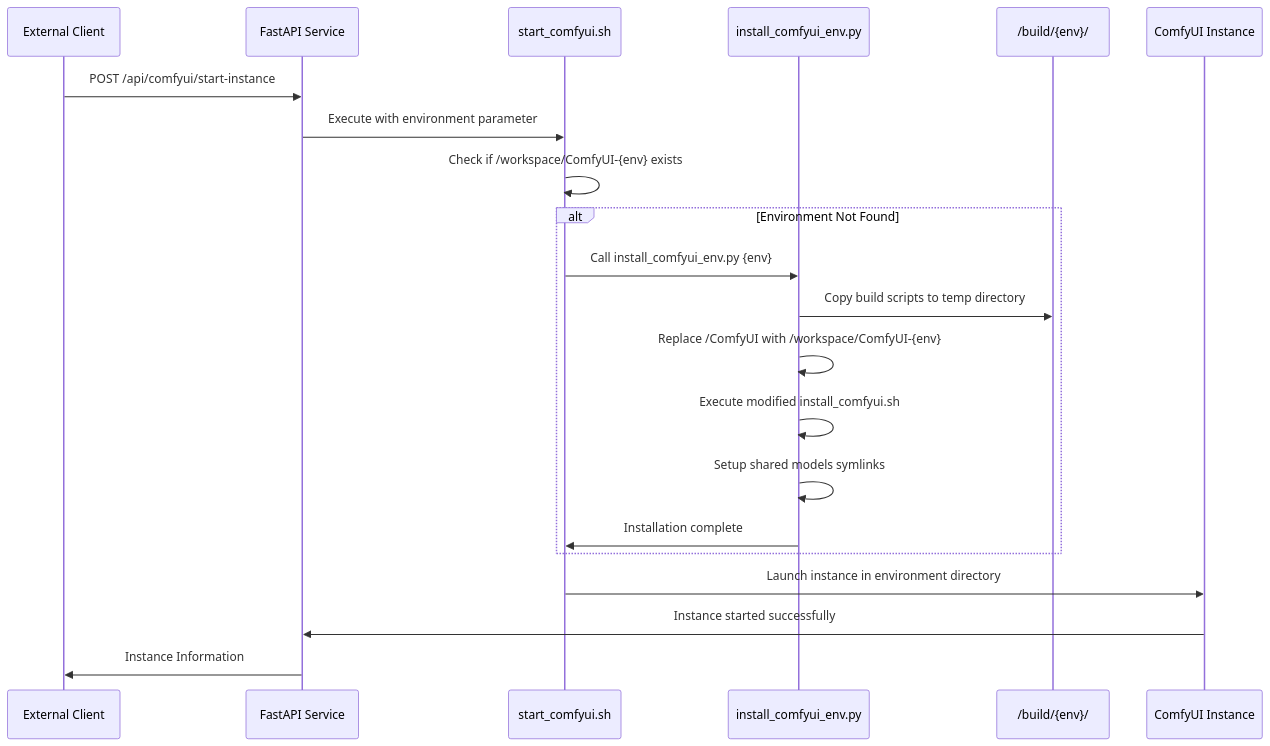
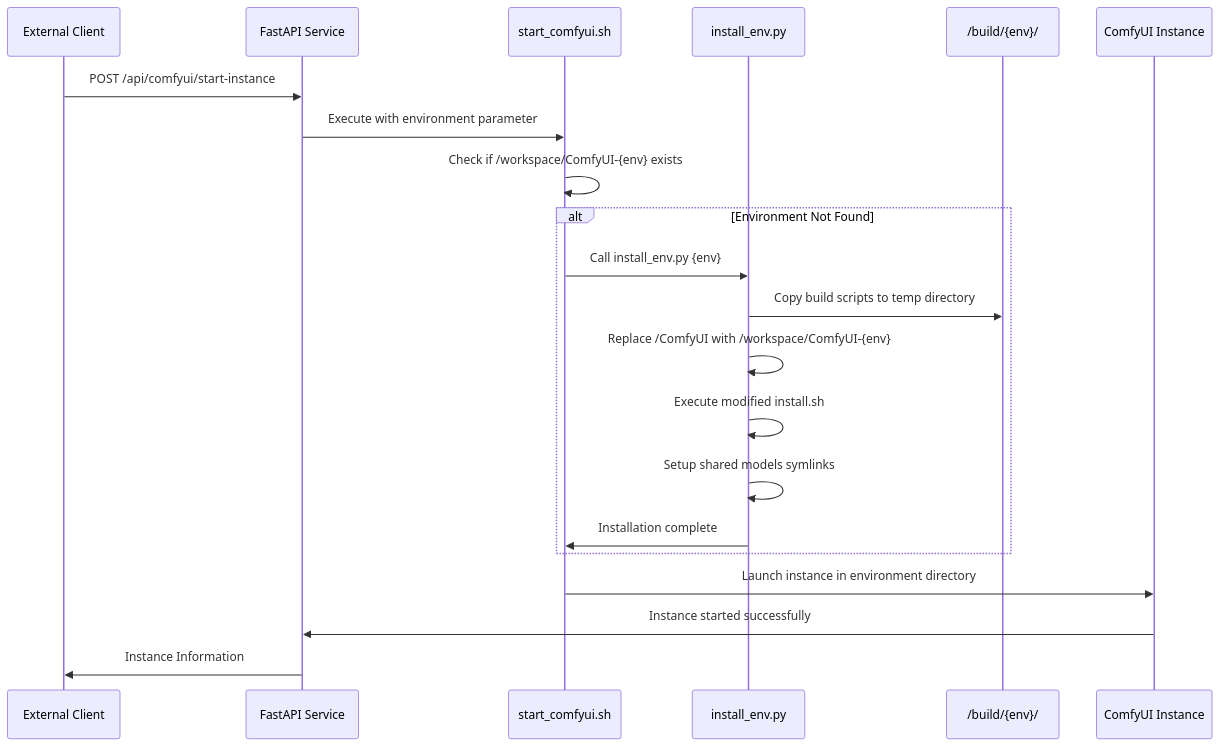
Before and after one commit to Be-As-One/comfyui-docker: the third of 4 diagrams in README.md, drawn with Mermaid. The commit also changed other lines of this file and 14 other files, not shown here.

````diff
--- a/README.md
+++ b/README.md
@@ -104,26 +104,26 @@
 ```mermaid
 sequenceDiagram
     participant Client as External Client
     participant API as FastAPI Service
     participant StartScript as start_comfyui.sh
-    participant Installer as install_comfyui_env.py
+    participant Installer as install_env.py
     participant BuildScripts as /build/{env}/
     participant ComfyUI as ComfyUI Instance
     
     Client->>API: POST /api/comfyui/start-instance
     API->>StartScript: Execute with environment parameter
     StartScript->>StartScript: Check if /workspace/ComfyUI-{env} exists
     
     alt Environment Not Found
-        StartScript->>Installer: Call install_comfyui_env.py {env}
+        StartScript->>Installer: Call install_env.py {env}
         Installer->>BuildScripts: Copy build scripts to temp directory
         Installer->>Installer: Replace /ComfyUI with /workspace/ComfyUI-{env}
-        Installer->>Installer: Execute modified install_comfyui.sh
+        Installer->>Installer: Execute modified install.sh
         Installer->>Installer: Setup shared models symlinks
         Installer->>StartScript: Installation complete
     end
     
     StartScript->>ComfyUI: Launch instance in environment directory
     ComfyUI->>API: Instance started successfully
     API->>Client: Instance Information
 ```
````
